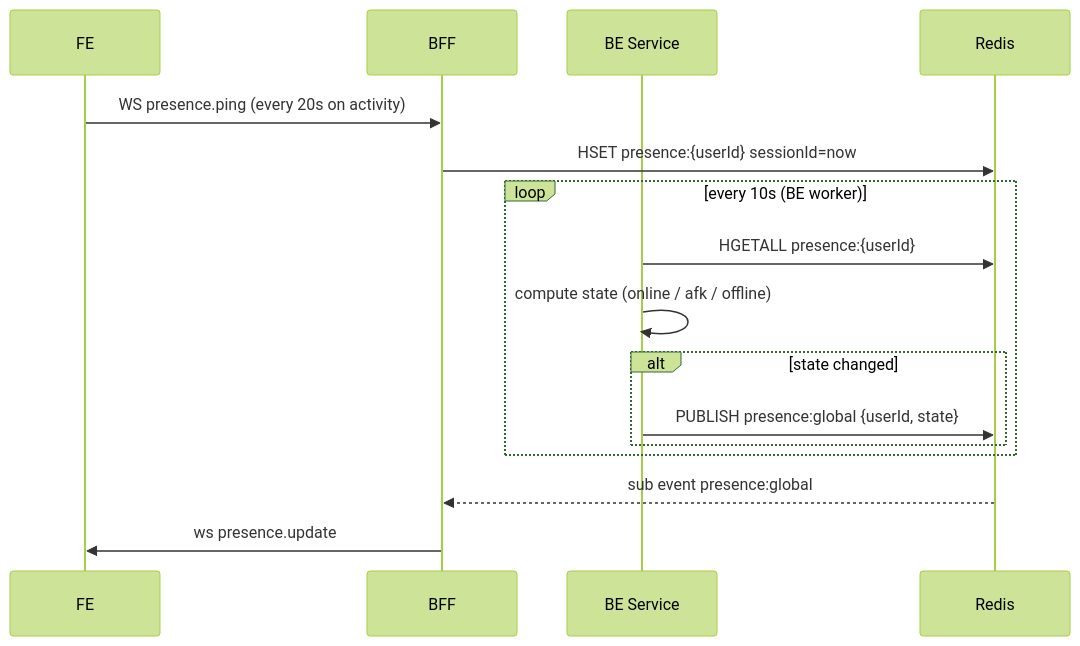
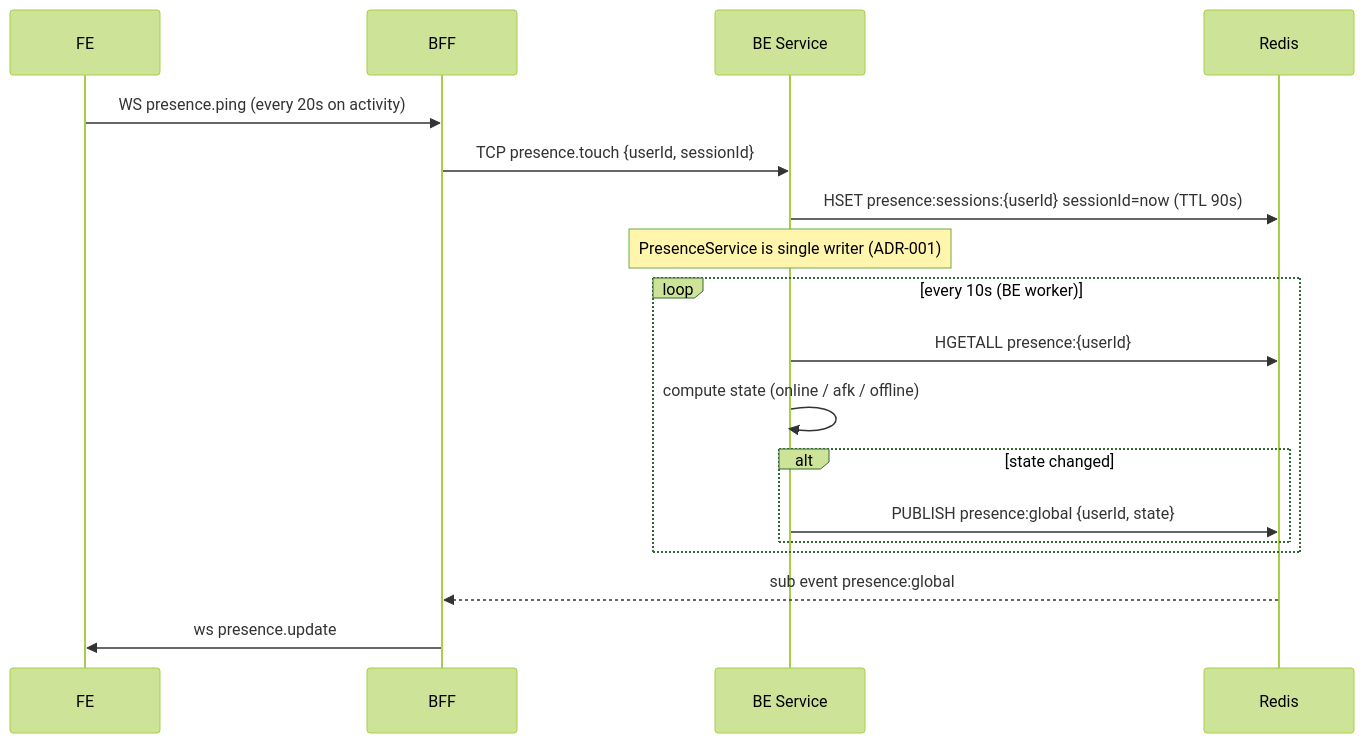
The second of 3 diagrams in mng/architecture/flow/02-sessions-presence.md (abobreshov/da-hackaton), drawn with Mermaid (forest theme) before and after one commit. The commit also changed 242 other files, not shown here.

````diff
--- a/mng/architecture/flow/02-sessions-presence.md
+++ b/mng/architecture/flow/02-sessions-presence.md
@@ -17,18 +17,20 @@
 ```mermaid
 sequenceDiagram
     participant FE
     participant BFF
     participant BE as BE Service
     participant REDIS as Redis
     FE->>BFF: WS presence.ping (every 20s on activity)
-    BFF->>REDIS: HSET presence:{userId} sessionId=now
+    BFF->>BE: TCP presence.touch {userId, sessionId}
+    BE->>REDIS: HSET presence:sessions:{userId} sessionId=now (TTL 90s)
+    Note over BE: PresenceService is single writer (ADR-001)
     loop every 10s (BE worker)
         BE->>REDIS: HGETALL presence:{userId}
         BE->>BE: compute state (online / afk / offline)
         alt state changed
             BE->>REDIS: PUBLISH presence:global {userId, state}
         end
     end
     REDIS-->>BFF: sub event presence:global
     BFF->>FE: ws presence.update
 ```
````
